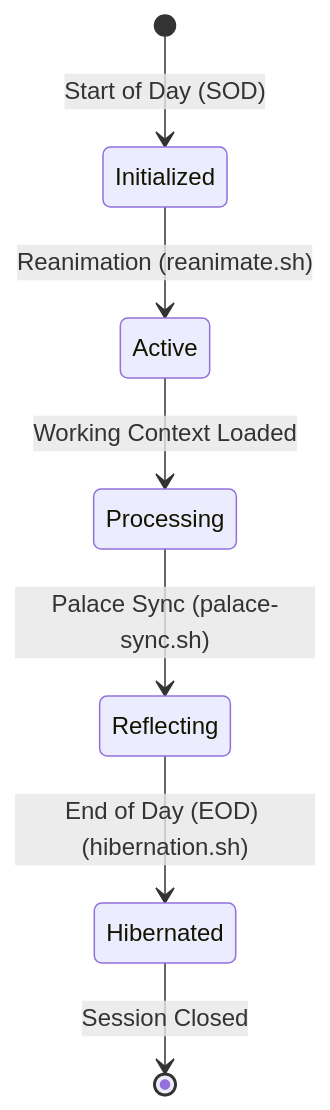
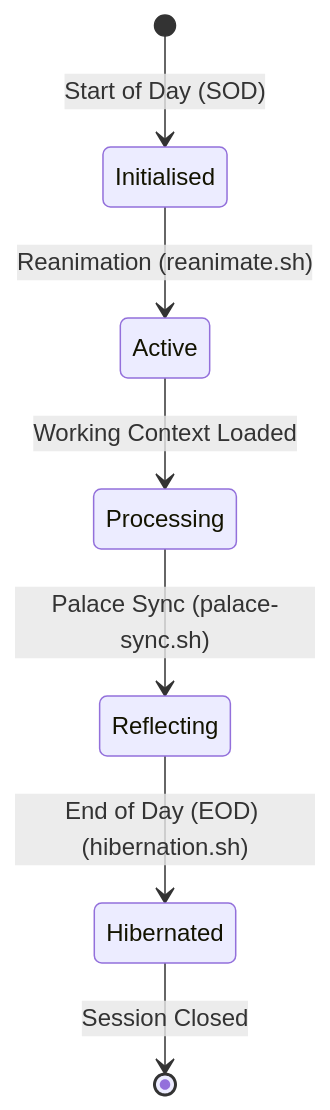
The diagram in openwiki/memory/session-and-palace.md (linuxmalaysia/deep-state-of-mind-for-my-ai), drawn with Mermaid before and after one commit. The commit also changed other lines of this file and 14 other files, not shown here.

First line of the commit message:
feat: apply PR feedback fixes to OpenWiki emulator and diagrams

````diff
--- a/openwiki/memory/session-and-palace.md
+++ b/openwiki/memory/session-and-palace.md
@@ -15,9 +15,9 @@
 ```mermaid
 stateDiagram-v2
-    [*] --> Initialized : Start of Day (SOD)
-    Initialized --> Active : Reanimation (reanimate.sh)
+    [*] --> Initialised : Start of Day (SOD)
+    Initialised --> Active : Reanimation (reanimate.sh)
     Active --> Processing : Working Context Loaded
     Processing --> Reflecting : Palace Sync (palace-sync.sh)
     Reflecting --> Hibernated : End of Day (EOD) (hibernation.sh)
     Hibernated --> [*] : Session Closed
 ```
````
